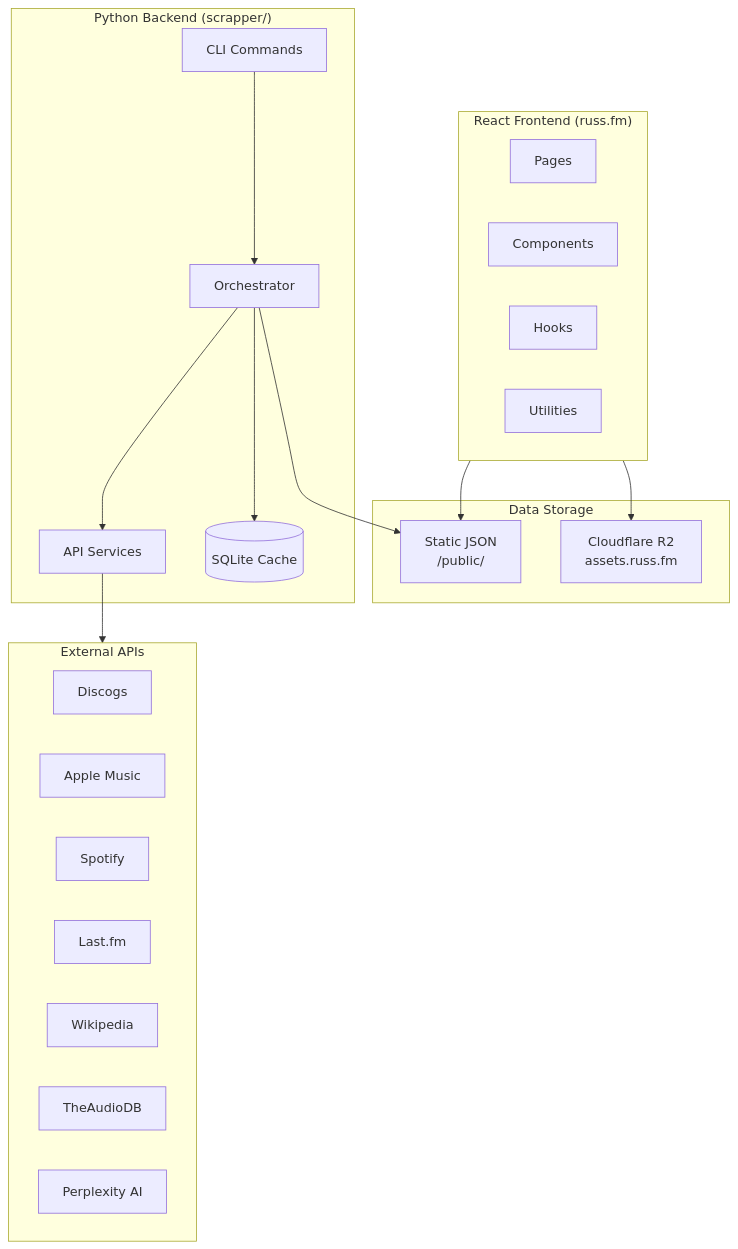
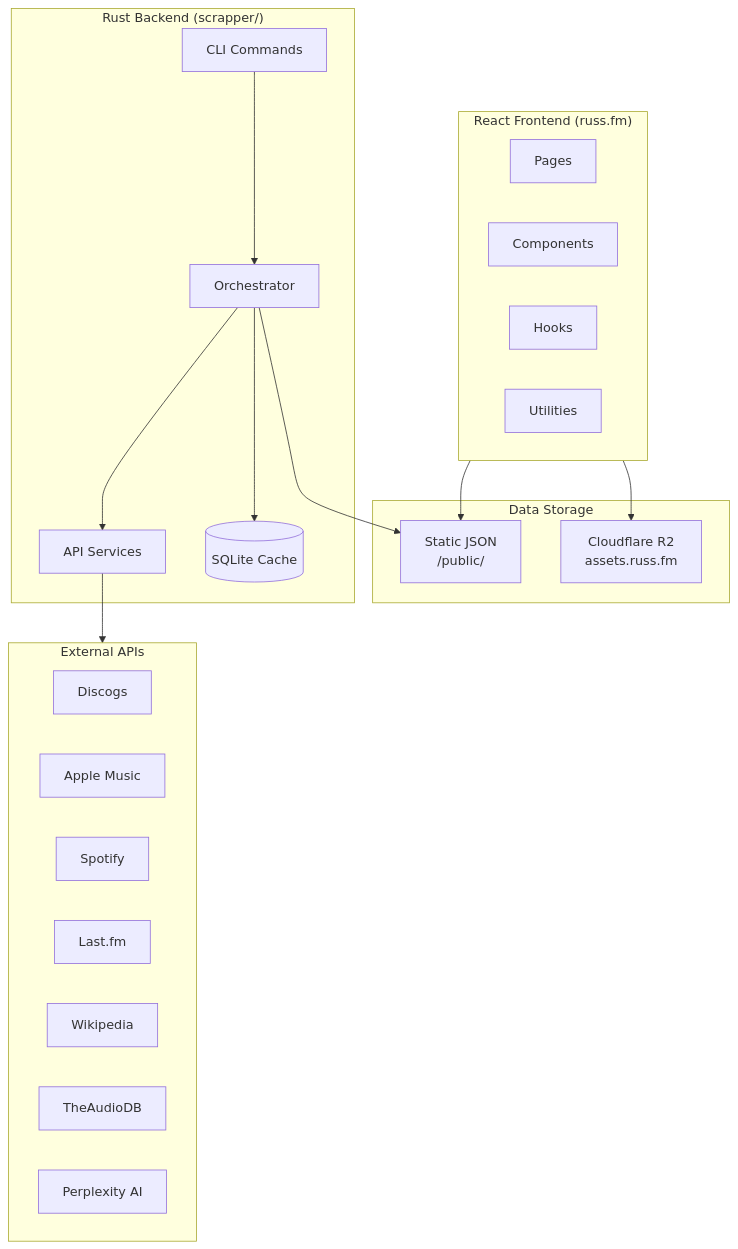
Before and after one commit to russmckendrick/russ-fm: the first of 2 diagrams in docs/README.md, drawn with Mermaid. The commit also changed other lines of this file and 1137 other files, not shown here.

First line of the commit message:
✨ feat(scrapper): TUI overhaul + artist enrichment, local install, retire Python backend

````diff
--- a/docs/README.md
+++ b/docs/README.md
@@ -20,39 +20,39 @@
 ```mermaid
 flowchart TB
     subgraph Frontend["React Frontend (russ.fm)"]
         Pages[Pages]
         Components[Components]
         Hooks[Hooks]
         Utils[Utilities]
     end
 
-    subgraph Backend["Python Backend (scrapper/)"]
+    subgraph Backend["Rust Backend (scrapper/)"]
         CLI[CLI Commands]
         Orchestrator[Orchestrator]
         Services[API Services]
         DB[(SQLite Cache)]
     end
 
     subgraph Storage["Data Storage"]
         JSON[Static JSON<br>/public/]
         R2[Cloudflare R2<br>assets.russ.fm]
     end
 
     subgraph APIs["External APIs"]
         Discogs
         AppleMusic[Apple Music]
         Spotify
         LastFM[Last.fm]
         Wikipedia
         TheAudioDB
         Perplexity[Perplexity AI]
     end
 
     CLI --> Orchestrator
     Orchestrator --> Services
     Services --> APIs
     Orchestrator --> DB
     Orchestrator --> JSON
     Frontend --> JSON
     Frontend --> R2
 ```
````
